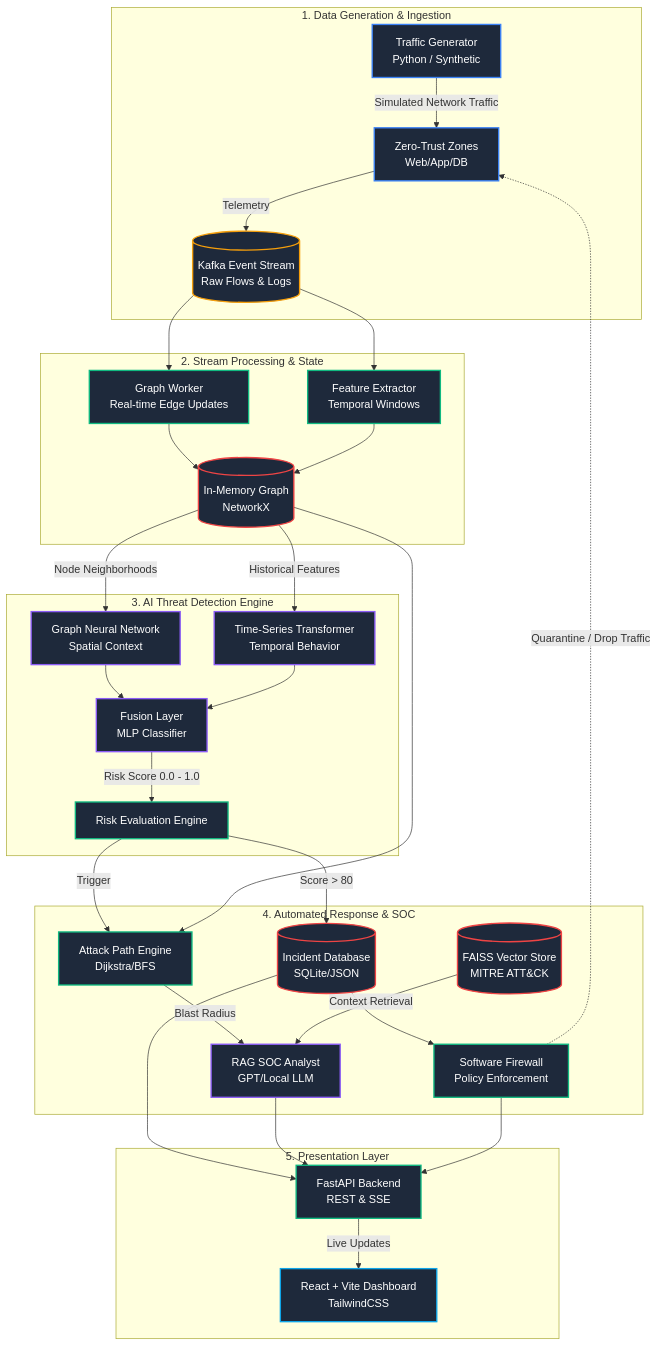
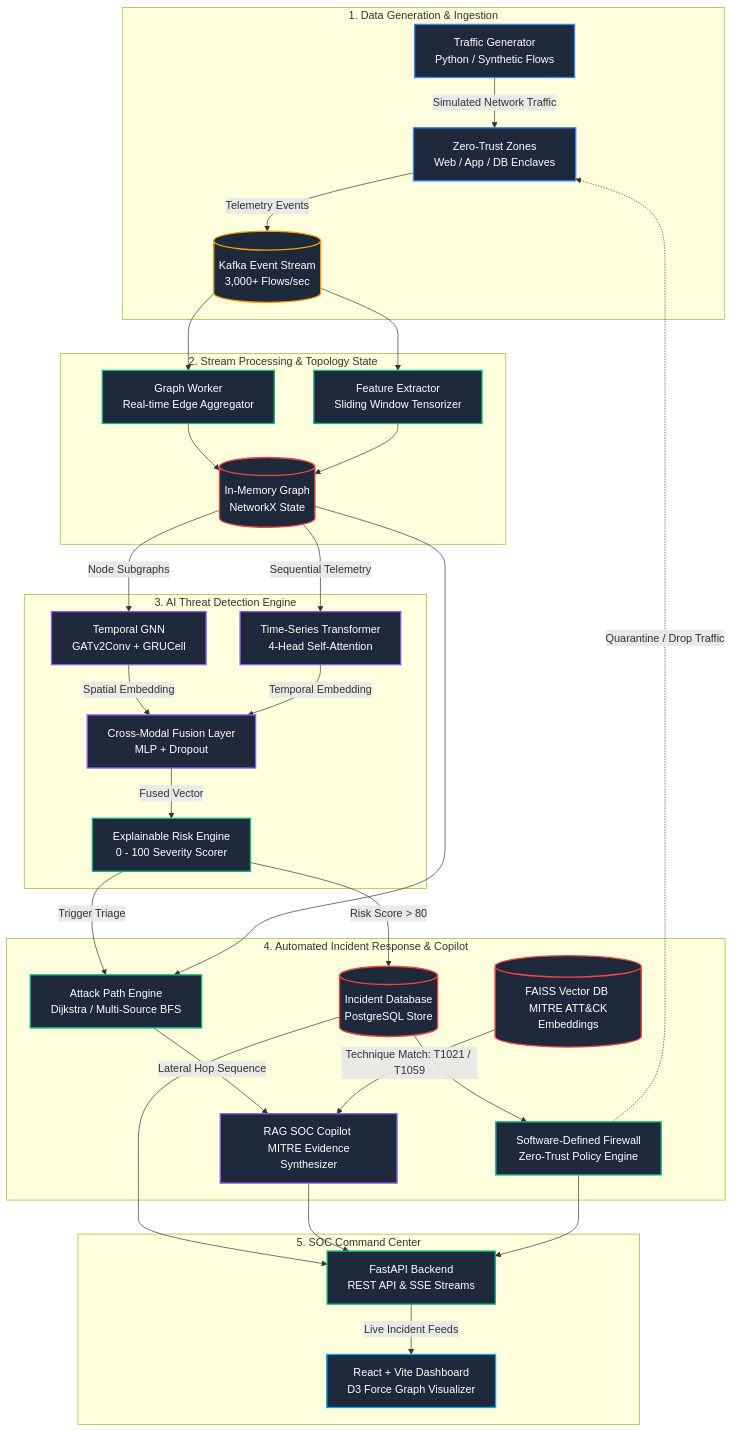
The first of 2 diagrams in README.md (khushalmidha/ThreatGraph), drawn with Mermaid before and after one commit. The commit also changed other lines of this file and 5 other files, not shown here.

Commit message:
feat: rebrand to ThreatGraph and add system & spatial-temporal ML architecture diagrams

````diff
--- a/README.md
+++ b/README.md
@@ -37,68 +39,69 @@
 ```mermaid
 graph TD
     %% Styling
     classDef generator fill:#1e293b,stroke:#3b82f6,stroke-width:2px,color:#fff
     classDef messageBus fill:#1e293b,stroke:#f59e0b,stroke-width:2px,color:#fff
     classDef processing fill:#1e293b,stroke:#10b981,stroke-width:2px,color:#fff
     classDef mlEngine fill:#1e293b,stroke:#8b5cf6,stroke-width:2px,color:#fff
     classDef datastore fill:#1e293b,stroke:#ef4444,stroke-width:2px,color:#fff
     classDef frontend fill:#1e293b,stroke:#0ea5e9,stroke-width:2px,color:#fff
     
     subgraph "1. Data Generation & Ingestion"
-        TG[Traffic Generator <br> Python / Synthetic]:::generator
-        ZTA[Zero-Trust Zones <br> Web/App/DB]:::generator
-        Kafka[(Kafka Event Stream <br> Raw Flows & Logs)]:::messageBus
+        TG[Traffic Generator <br> Python / Synthetic Flows]:::generator
+        ZTA[Zero-Trust Zones <br> Web / App / DB Enclaves]:::generator
+        Kafka[(Kafka Event Stream <br> 3,000+ Flows/sec)]:::messageBus
         
         TG -->|Simulated Network Traffic| ZTA
-        ZTA -->|Telemetry| Kafka
+        ZTA -->|Telemetry Events| Kafka
     end
 
-    subgraph "2. Stream Processing & State"
-        GraphWorker[Graph Worker <br> Real-time Edge Updates]:::processing
-        FeatExtractor[Feature Extractor <br> Temporal Windows]:::processing
-        NX[(In-Memory Graph <br> NetworkX)]:::datastore
+    subgraph "2. Stream Processing & Topology State"
+        GraphWorker[Graph Worker <br> Real-time Edge Aggregator]:::processing
+        FeatExtractor[Feature Extractor <br> Sliding Window Tensorizer]:::processing
+        NX[(In-Memory Graph <br> NetworkX State)]:::datastore
         
         Kafka --> GraphWorker
         Kafka --> FeatExtractor
         GraphWorker --> NX
         FeatExtractor --> NX
     end
 
     subgraph "3. AI Threat Detection Engine"
-        GNN[Graph Neural Network <br> Spatial Context]:::mlEngine
-        Transformer[Time-Series Transformer <br> Temporal Behavior]:::mlEngine
-        Fusion[Fusion Layer <br> MLP Classifier]:::mlEngine
+        GNN[Temporal GNN <br> GATv2Conv + GRUCell]:::mlEngine
+        Transformer[Time-Series Transformer <br> 4-Head Self-Attention]:::mlEngine
+        Fusion[Cross-Modal Fusion Layer <br> MLP + Dropout]:::mlEngine
+        RiskEngine[Explainable Risk Engine <br> 0 - 100 Severity Scorer]:::processing
         
-        NX -->|Node Neighborhoods| GNN
-        NX -->|Historical Features| Transformer
-        GNN --> Fusion
-        Transformer --> Fusion
-        Fusion -->|Risk Score 0.0 - 1.0| RiskEngine[Risk Evaluation Engine]:::processing
+        NX -->|Node Subgraphs| GNN
+        NX -->|Sequential Telemetry| Transformer
+        GNN -->|Spatial Embedding| Fusion
+        Transformer -->|Temporal Embedding| Fusion
+        Fusion -->|Fused Vector| RiskEngine
     end
 
-    subgraph "4. Automated Response & SOC"
-        IncidentDB[(Incident Database <br> SQLite/JSON)]:::datastore
-        AttackGraph[Attack Path Engine <br> Dijkstra/BFS]:::processing
-        LLM[RAG SOC Analyst <br> GPT/Local LLM]:::mlEngine
-        FAISS[(FAISS Vector Store <br> MITRE ATT&CK)]:::datastore
-        Containment[Software Firewall <br> Policy Enforcement]:::processing
+    subgraph "4. Automated Incident Response & Copilot"
+        IncidentDB[(Incident Database <br> PostgreSQL Store)]:::datastore
+        AttackGraph[Attack Path Engine <br> Dijkstra / Multi-Source BFS]:::processing
+        FAISS[(FAISS Vector DB <br> MITRE ATT&CK Embeddings)]:::datastore
+        RAG[RAG SOC Copilot <br> MITRE Evidence Synthesizer]:::mlEngine
+        Containment[Software-Defined Firewall <br> Zero-Trust Policy Engine]:::processing
         
-        RiskEngine -->|Score > 80| IncidentDB
-        RiskEngine -->|Trigger| AttackGraph
+        RiskEngine -->|Risk Score > 80| IncidentDB
+        RiskEngine -->|Trigger Triage| AttackGraph
         NX --> AttackGraph
-        AttackGraph -->|Blast Radius| LLM
-        FAISS -->|Context Retrieval| LLM
+        AttackGraph -->|Lateral Hop Sequence| RAG
+        FAISS -->|Technique Match: T1021 / T1059| RAG
         IncidentDB --> Containment
         Containment -.->|Quarantine / Drop Traffic| ZTA
     end
 
-    subgraph "5. Presentation Layer"
-        FastAPI[FastAPI Backend <br> REST & SSE]:::processing
-        ReactUI[React + Vite Dashboard <br> TailwindCSS]:::frontend
+    subgraph "5. SOC Command Center"
+        FastAPI[FastAPI Backend <br> REST API & SSE Streams]:::processing
+        ReactUI[React + Vite Dashboard <br> D3 Force Graph Visualizer]:::frontend
         
         IncidentDB --> FastAPI
-        LLM --> FastAPI
+        RAG --> FastAPI
         Containment --> FastAPI
-        FastAPI -->|Live Updates| ReactUI
+        FastAPI -->|Live Incident Feeds| ReactUI
     end
 ```
````
